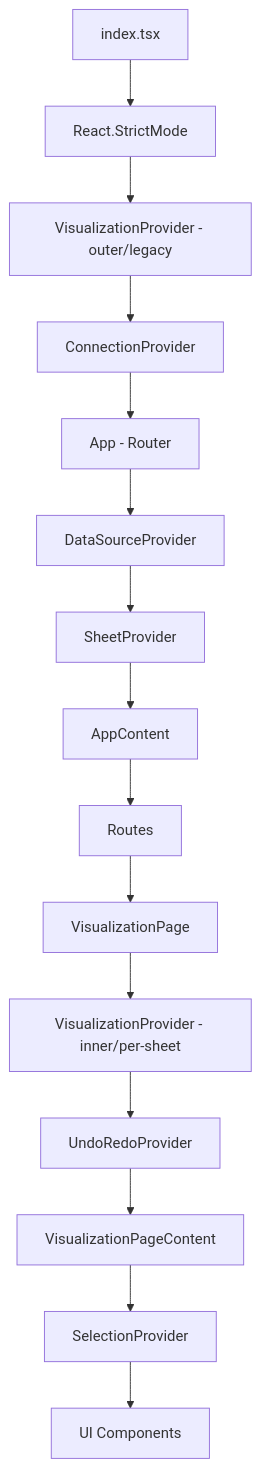
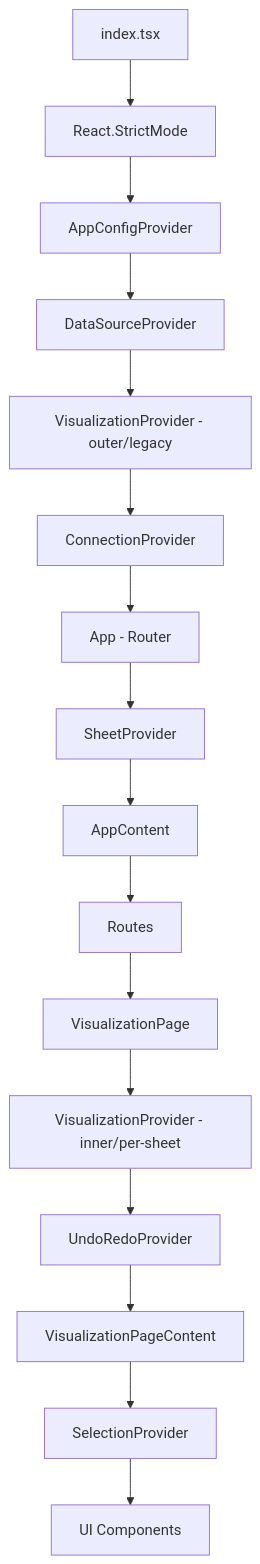
Before and after one commit to henrywiechert/datafeta: the first of 6 diagrams in frontend/ui-management.md, drawn with Mermaid. The commit also changed other lines of this file, not shown here.

Commit message:
docs: correct provider tree diagram (phase 3.4)
DataSourceProvider lives in index.tsx (above ConnectionProvider), not
inside App.tsx as the previous diagram showed. Also adds
AppConfigProvider which was missing.

````diff
--- a/frontend/ui-management.md
+++ b/frontend/ui-management.md
@@ -23,17 +23,18 @@
 ```mermaid
 graph TD
     A[index.tsx] --> B[React.StrictMode]
-    B --> C[VisualizationProvider - outer/legacy]
+    B --> AC[AppConfigProvider]
+    AC --> DS[DataSourceProvider]
+    DS --> C[VisualizationProvider - outer/legacy]
     C --> D[ConnectionProvider]
     D --> E[App - Router]
-    E --> F[DataSourceProvider]
-    F --> G[SheetProvider]
+    E --> G[SheetProvider]
     G --> H[AppContent]
     H --> I[Routes]
     I --> J[VisualizationPage]
     J --> K[VisualizationProvider - inner/per-sheet]
     K --> L[UndoRedoProvider]
     L --> M[VisualizationPageContent]
     M --> N[SelectionProvider]
     N --> O[UI Components]
 ```
````
